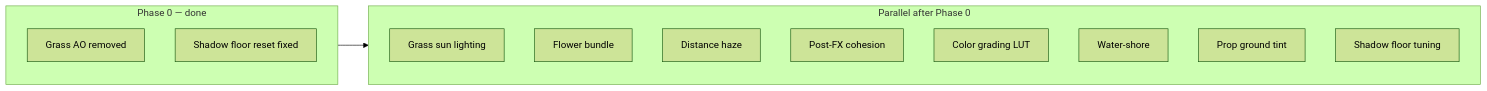
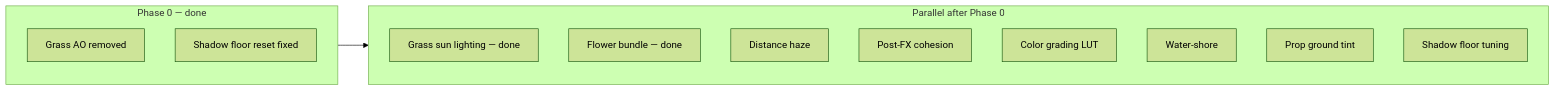
The diagram in .cursor/plans/visual_fidelity_pass_e1bf39e9.plan.md (MogensenJesse/pantheon), drawn with Mermaid (forest theme) before and after one commit. The commit also changed other lines of this file and 23 other files, not shown here.

````diff
--- a/.cursor/plans/visual_fidelity_pass_e1bf39e9.plan.md
+++ b/.cursor/plans/visual_fidelity_pass_e1bf39e9.plan.md
@@ -48,18 +50,18 @@
 ```mermaid
 flowchart LR
   subgraph phase0 [Phase 0 — done]
     GrassAO[Grass AO removed]
     ShadowFix[Shadow floor reset fixed]
   end
   subgraph parallel [Parallel after Phase 0]
-    GrassSun[Grass sun lighting]
-    Flowers[Flower bundle]
+    GrassSun[Grass sun lighting — done]
+    Flowers[Flower bundle — done]
     Haze[Distance haze]
     PostCohesion[Post-FX cohesion]
     LUT[Color grading LUT]
     WaterShore[Water-shore]
     PropGround[Prop ground tint]
     ShadowTune[Shadow floor tuning]
   end
   phase0 --> parallel
 ```
````
